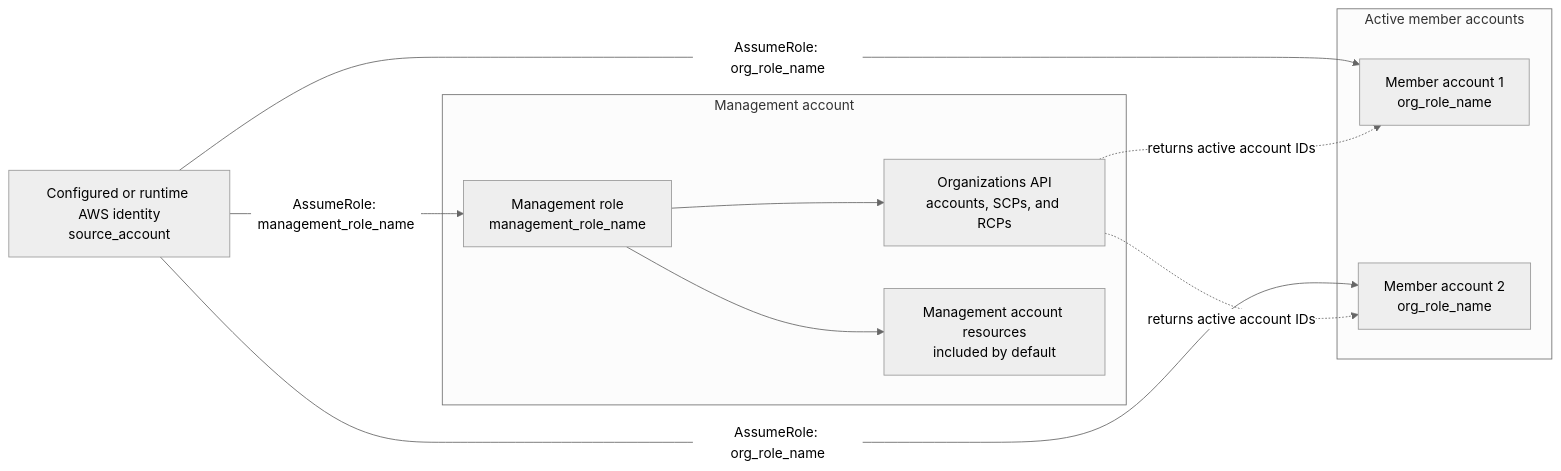
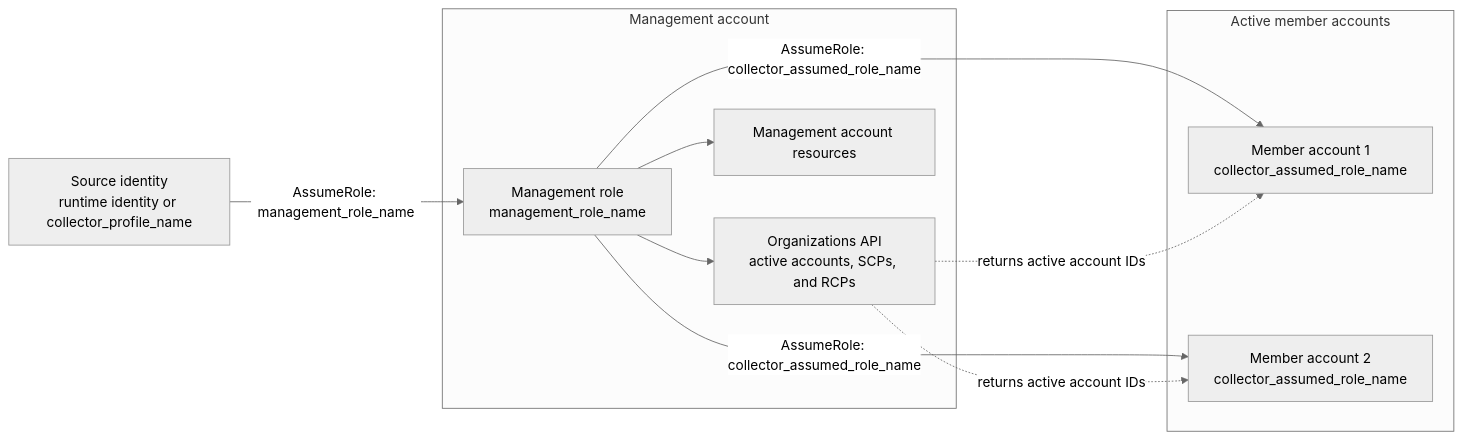
Before and after one commit to SpecterOps/bloodhound-docs: the second of 2 diagrams in docs/openhound/collectors/aws/collect-data.mdx, drawn with Mermaid (neutral theme). The commit also changed other lines of this file and 1 other file, not shown here.

First line of the commit message:
docs: document openhound-aws 0.4.0 collector configuration

````diff
--- a/docs/openhound/collectors/aws/collect-data.mdx
+++ b/docs/openhound/collectors/aws/collect-data.mdx
@@ -60,23 +81,23 @@
     ```mermaid
     flowchart LR
-      SRC["Configured or runtime AWS identity<br/>source_account"]
+      SRC["Source identity<br/>runtime identity or collector_profile_name"]
 
       subgraph MANAGEMENT["Management account"]
         MROLE["Management role<br/>management_role_name"]
-        ORG["Organizations API<br/>accounts, SCPs, and RCPs"]
-        MRES["Management account resources<br/>included by default"]
+        ORG["Organizations API<br/>active accounts, SCPs, and RCPs"]
+        MRES["Management account resources"]
       end
 
       subgraph MEMBERS["Active member accounts"]
-        CHILD1["Member account 1<br/>org_role_name"]
-        CHILD2["Member account 2<br/>org_role_name"]
+        CHILD1["Member account 1<br/>collector_assumed_role_name"]
+        CHILD2["Member account 2<br/>collector_assumed_role_name"]
       end
 
       SRC -->|"AssumeRole: management_role_name"| MROLE
       MROLE --> ORG
       MROLE --> MRES
-      SRC -->|"AssumeRole: org_role_name"| CHILD1
-      SRC -->|"AssumeRole: org_role_name"| CHILD2
+      MROLE -->|"AssumeRole: collector_assumed_role_name"| CHILD1
+      MROLE -->|"AssumeRole: collector_assumed_role_name"| CHILD2
       ORG -. "returns active account IDs" .-> CHILD1
       ORG -. "returns active account IDs" .-> CHILD2
     ```
````
